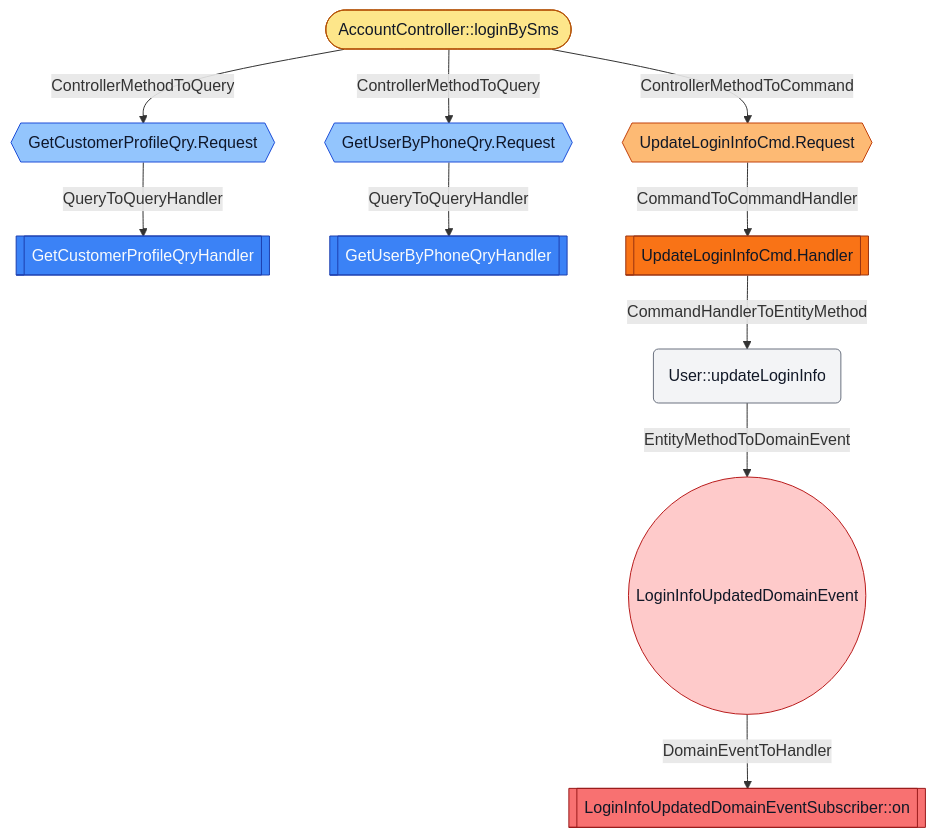
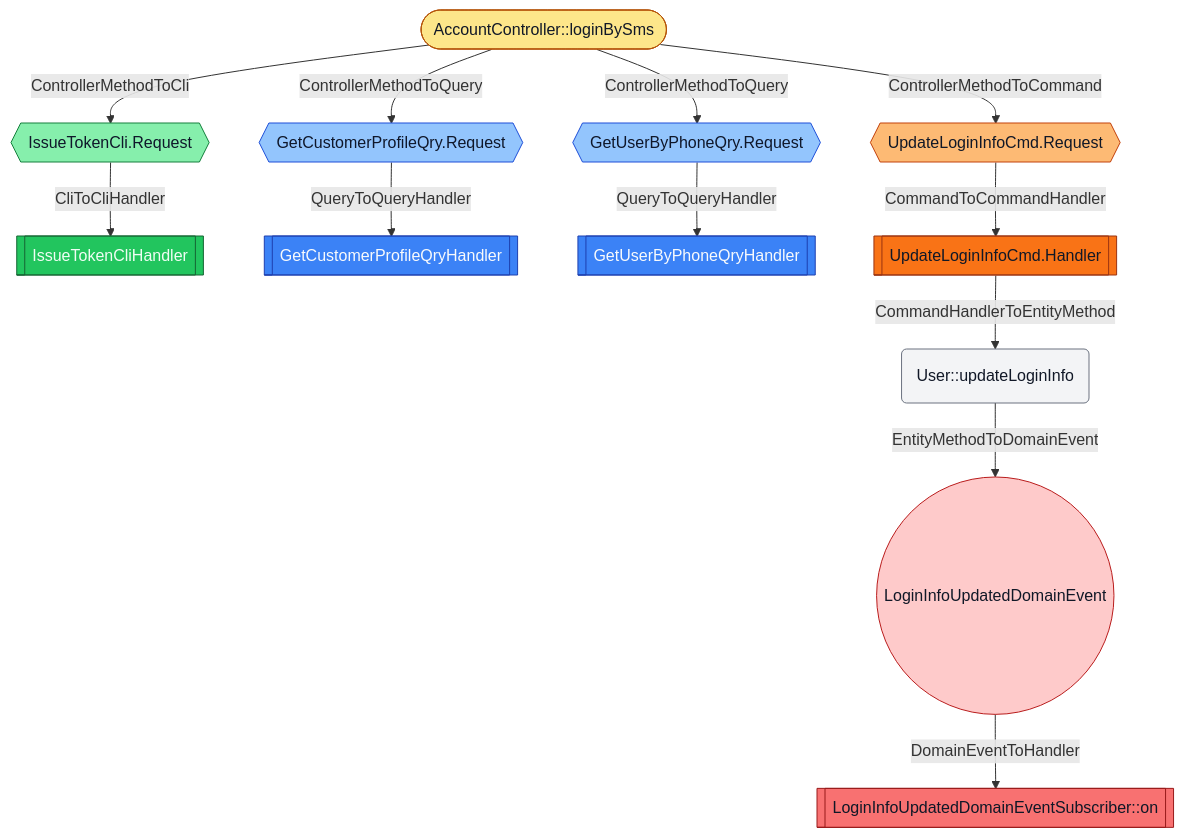
The diagram in flows/edu_only4_danmuku_adapter_portal_api_web_AccountController_loginBySms.mmd (LDmoxeii/only-danmuku), drawn with Mermaid before and after one commit. The commit also changed 113 other files, not shown here.

```diff
--- a/flows/edu_only4_danmuku_adapter_portal_api_web_AccountController_loginBySms.mmd
+++ b/flows/edu_only4_danmuku_adapter_portal_api_web_AccountController_loginBySms.mmd
@@ -1,38 +1,46 @@
 flowchart TD
-  N1[[GetCustomerProfileQryHandler]]
-  class N1 queryhandler
-  N2[[GetUserByPhoneQryHandler]]
+  N1[[IssueTokenCliHandler]]
+  class N1 clihandler
+  N2[[GetCustomerProfileQryHandler]]
   class N2 queryhandler
-  N3([AccountController::loginBySms])
-  class N3 controllermethod
-  N4[[UpdateLoginInfoCmd.Handler]]
-  class N4 commandhandler
-  N5{{UpdateLoginInfoCmd.Request}}
-  class N5 command
-  N6{{GetCustomerProfileQry.Request}}
-  class N6 query
-  N7{{GetUserByPhoneQry.Request}}
-  class N7 query
-  N8[[LoginInfoUpdatedDomainEventSubscriber::on]]
-  class N8 domaineventhandler
-  N9(User::updateLoginInfo)
-  class N9 entitymethod
-  N10((LoginInfoUpdatedDomainEvent))
-  class N10 domainevent
-  N3 -->|ControllerMethodToCommand| N5
-  N3 -->|ControllerMethodToQuery| N6
-  N3 -->|ControllerMethodToQuery| N7
-  N4 -->|CommandHandlerToEntityMethod| N9
-  N5 -->|CommandToCommandHandler| N4
-  N6 -->|QueryToQueryHandler| N1
-  N7 -->|QueryToQueryHandler| N2
-  N9 -->|EntityMethodToDomainEvent| N10
-  N10 -->|DomainEventToHandler| N8
+  N3[[GetUserByPhoneQryHandler]]
+  class N3 queryhandler
+  N4([AccountController::loginBySms])
+  class N4 controllermethod
+  N5[[UpdateLoginInfoCmd.Handler]]
+  class N5 commandhandler
+  N6{{UpdateLoginInfoCmd.Request}}
+  class N6 command
+  N7{{IssueTokenCli.Request}}
+  class N7 cli
+  N8{{GetCustomerProfileQry.Request}}
+  class N8 query
+  N9{{GetUserByPhoneQry.Request}}
+  class N9 query
+  N10[[LoginInfoUpdatedDomainEventSubscriber::on]]
+  class N10 domaineventhandler
+  N11(User::updateLoginInfo)
+  class N11 entitymethod
+  N12((LoginInfoUpdatedDomainEvent))
+  class N12 domainevent
+  N4 -->|ControllerMethodToCommand| N6
+  N4 -->|ControllerMethodToCli| N7
+  N4 -->|ControllerMethodToQuery| N8
+  N4 -->|ControllerMethodToQuery| N9
+  N5 -->|CommandHandlerToEntityMethod| N11
+  N6 -->|CommandToCommandHandler| N5
+  N7 -->|CliToCliHandler| N1
+  N8 -->|QueryToQueryHandler| N2
+  N9 -->|QueryToQueryHandler| N3
+  N11 -->|EntityMethodToDomainEvent| N12
+  N12 -->|DomainEventToHandler| N10
+  classDef cli fill:#86EFAC,stroke:#15803D,color:#0F172A
+  classDef clihandler fill:#22C55E,stroke:#166534,color:#F0FDF4
   classDef command fill:#FDBA74,stroke:#C2410C,color:#111827
   classDef commandhandler fill:#F97316,stroke:#9A3412,color:#111827
   classDef controllermethod fill:#FDE68A,stroke:#B45309,color:#111827
   classDef domainevent fill:#FECACA,stroke:#B91C1C,color:#111827
   classDef domaineventhandler fill:#F87171,stroke:#991B1B,color:#111827
   classDef entitymethod fill:#F3F4F6,stroke:#6B7280,color:#111827
   classDef query fill:#93C5FD,stroke:#1D4ED8,color:#0F172A
   classDef queryhandler fill:#3B82F6,stroke:#1E40AF,color:#F8FAFC
```
